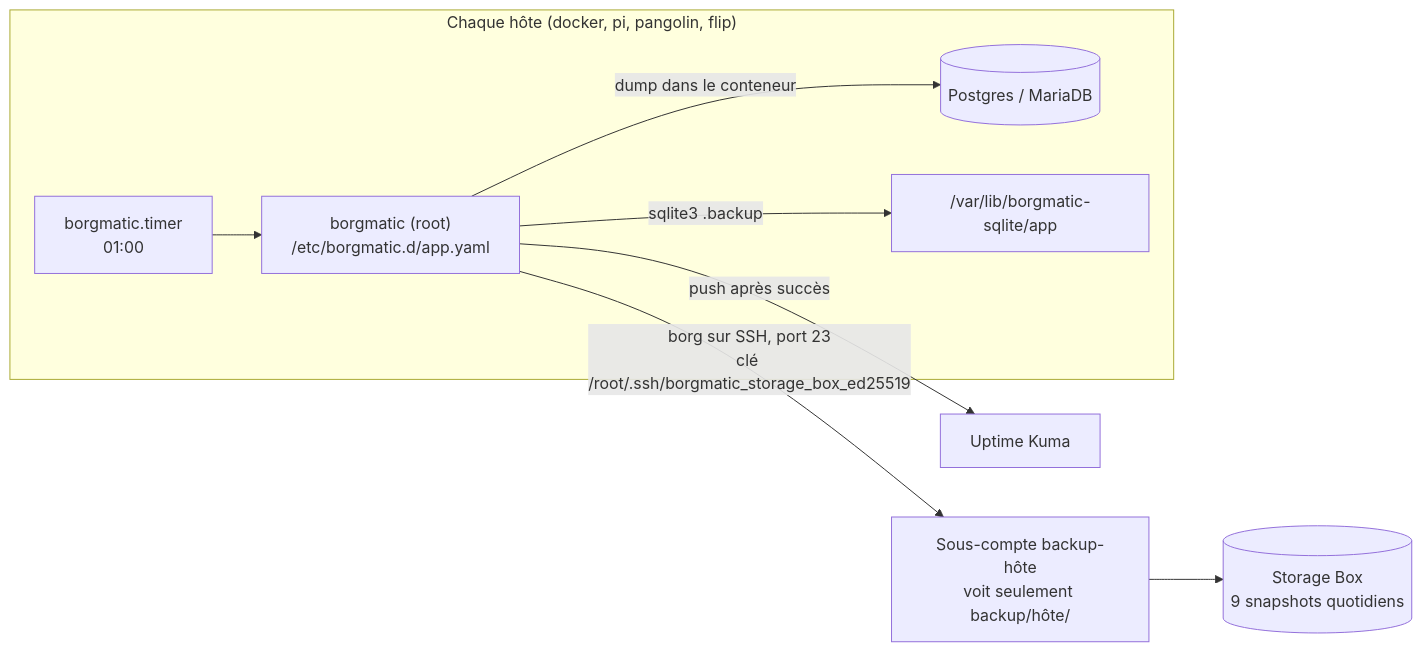
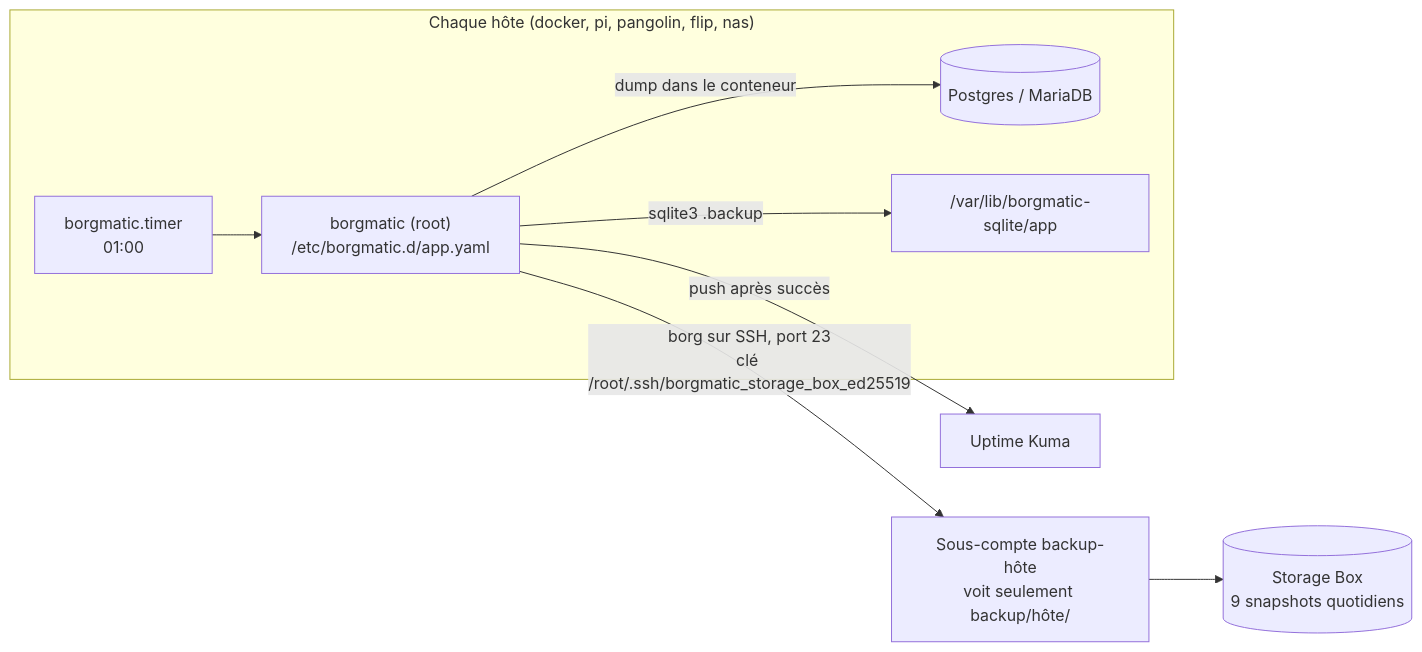
Before and after one commit to sylvainmetayer/homelab: the third of 4 diagrams in docs/architecture.md, drawn with Mermaid. The commit also changed other lines of this file and 30 other files, not shown here.

````diff
--- a/docs/architecture.md
+++ b/docs/architecture.md
@@ -172,11 +172,11 @@
 ```mermaid
 flowchart LR
-  subgraph host["Chaque hôte (docker, pi, pangolin, flip)"]
+  subgraph host["Chaque hôte (docker, pi, pangolin, flip, nas)"]
     timer["borgmatic.timer<br/>01:00"] --> bm["borgmatic (root)<br/>/etc/borgmatic.d/app.yaml"]
     bm -- "dump dans le conteneur" --> db[("Postgres / MariaDB")]
     bm -- "sqlite3 .backup" --> sq["/var/lib/borgmatic-sqlite/app"]
   end
   bm -- "borg sur SSH, port 23<br/>clé /root/.ssh/borgmatic_storage_box_ed25519" --> sub["Sous-compte backup-hôte<br/>voit seulement backup/hôte/"]
   sub --> box[("Storage Box<br/>9 snapshots quotidiens")]
   bm -- "push après succès" --> kuma[Uptime Kuma]
 ```
````
